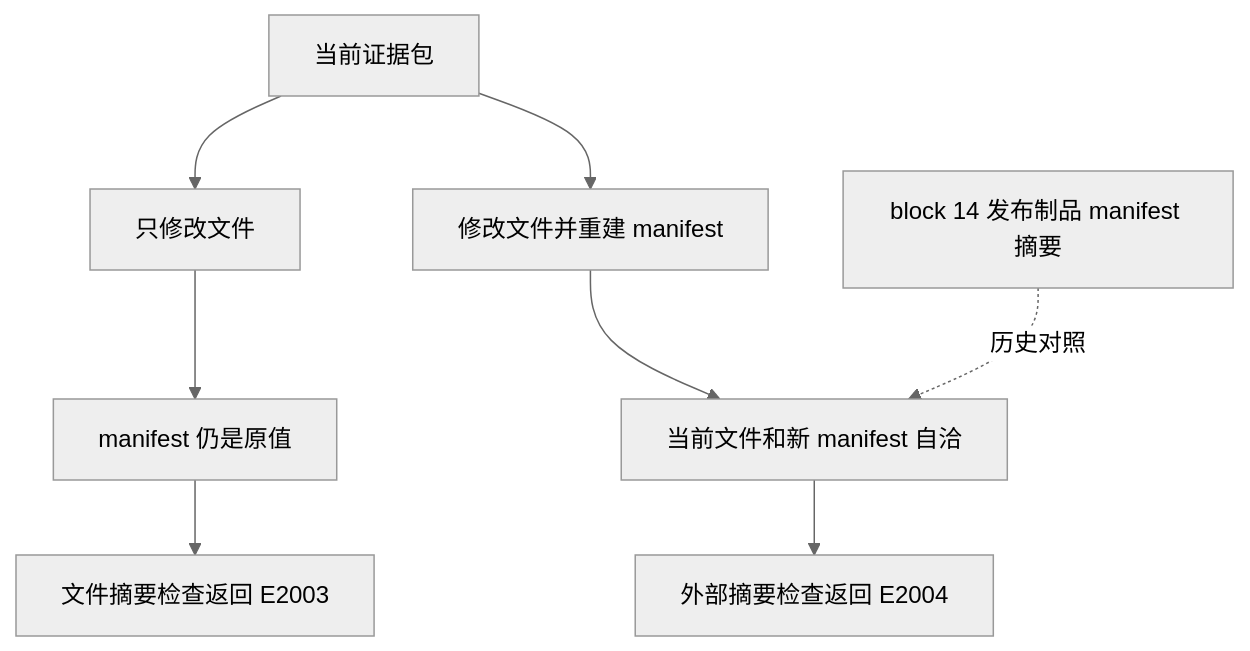
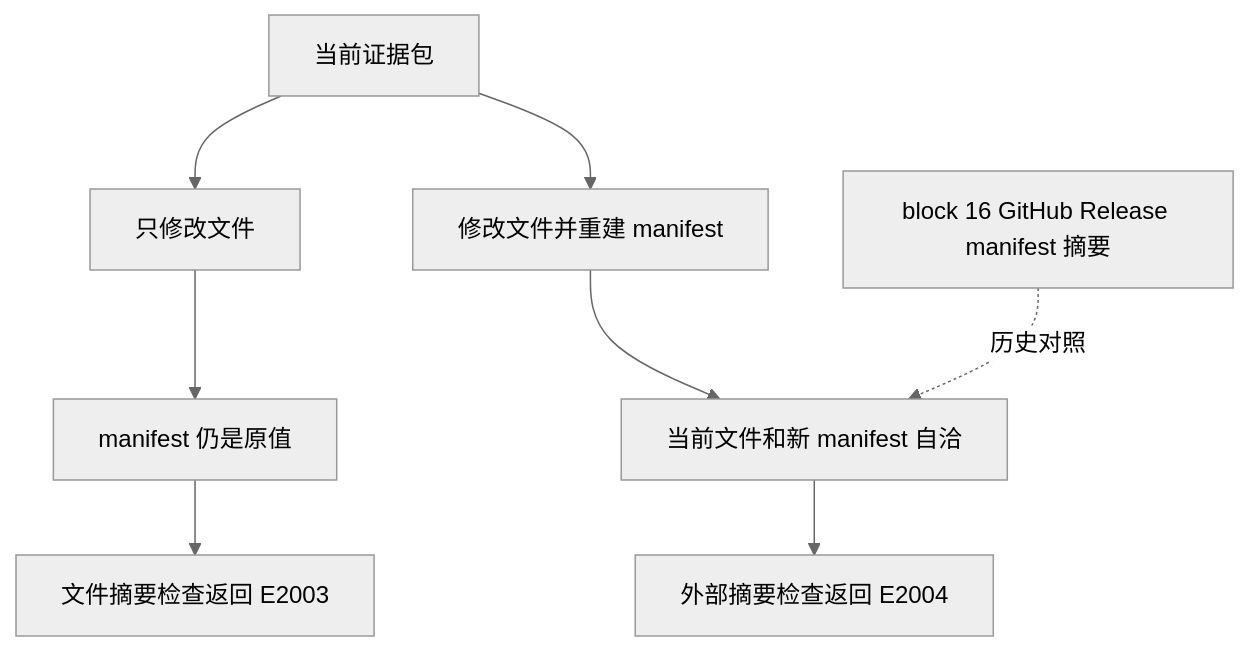
One commit to wenlittle/MoonEvidence changed the fourth of 5 diagrams in docs/report/DEVELOPMENT_REPORT.md. Above: the diagram before and after it, drawn with Mermaid. The commit also changed other lines of this file and 12 other files, not shown here.

````diff
--- a/docs/report/DEVELOPMENT_REPORT.md
+++ b/docs/report/DEVELOPMENT_REPORT.md
@@ -264,13 +264,13 @@
 ```mermaid
 %%{init: {"theme": "neutral"}}%%
 flowchart TB
-    A["block 14 发布制品 manifest 摘要"]
+    A["block 16 GitHub Release manifest 摘要"]
     B["当前证据包"]
     B --> C["只修改文件"]
     C --> D["manifest 仍是原值"]
     D --> E["文件摘要检查返回 E2003"]
     B --> F["修改文件并重建 manifest"]
     F --> G["当前文件和新 manifest 自洽"]
     A -.历史对照.-> G
     G --> H["外部摘要检查返回 E2004"]
 ```
````
